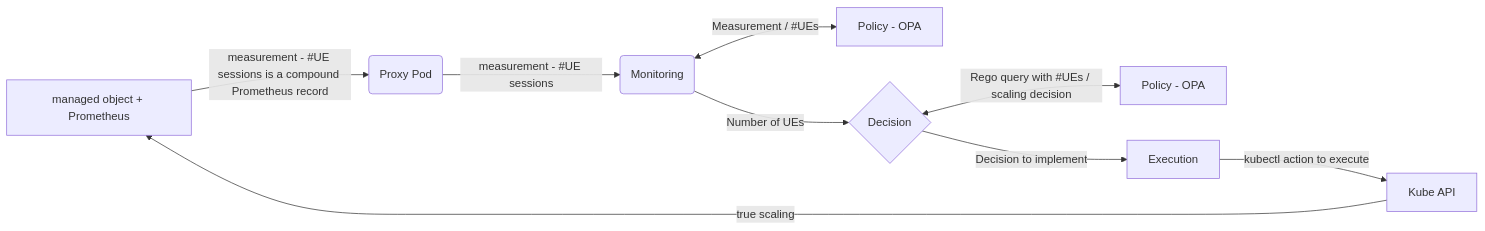
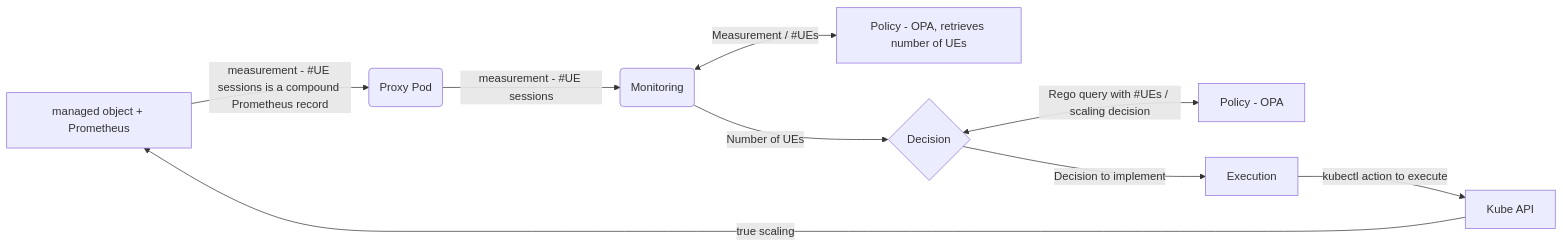
Before and after one commit to dbursztynowski/cl_demo: the diagram in README2.md, drawn with Mermaid.

````diff
--- a/README2.md
+++ b/README2.md
@@ -7,11 +7,11 @@
 ```mermaid
 flowchart LR
 M[managed object + Prometheus] -->|measurement - #UE sessions is a compound Prometheus record| X(Proxy Pod)
 X -->|measurement - #UE sessions| A(Monitoring)
-A <-->|Measurement / #UEs| P[Policy - OPA]
+A <-->|Measurement / #UEs| P[Policy - OPA, retrieves number of UEs]
 A -->|Number of UEs| B{Decision}
 B <-->|Rego query with #UEs / scaling decision| C[Policy - OPA]
 B -->|Decision to implement| D[Execution]
 D -->|kubectl action to execute| K[Kube API]
 K -->|true scaling| M
 ```
````
